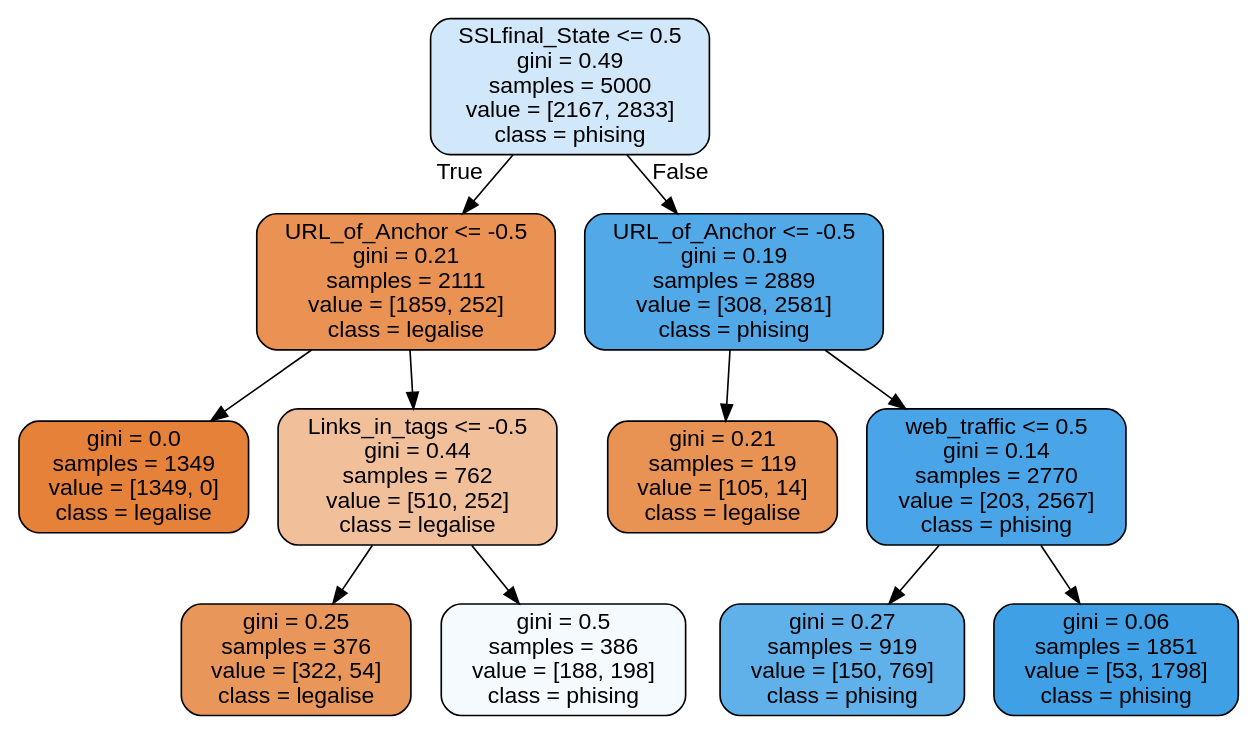
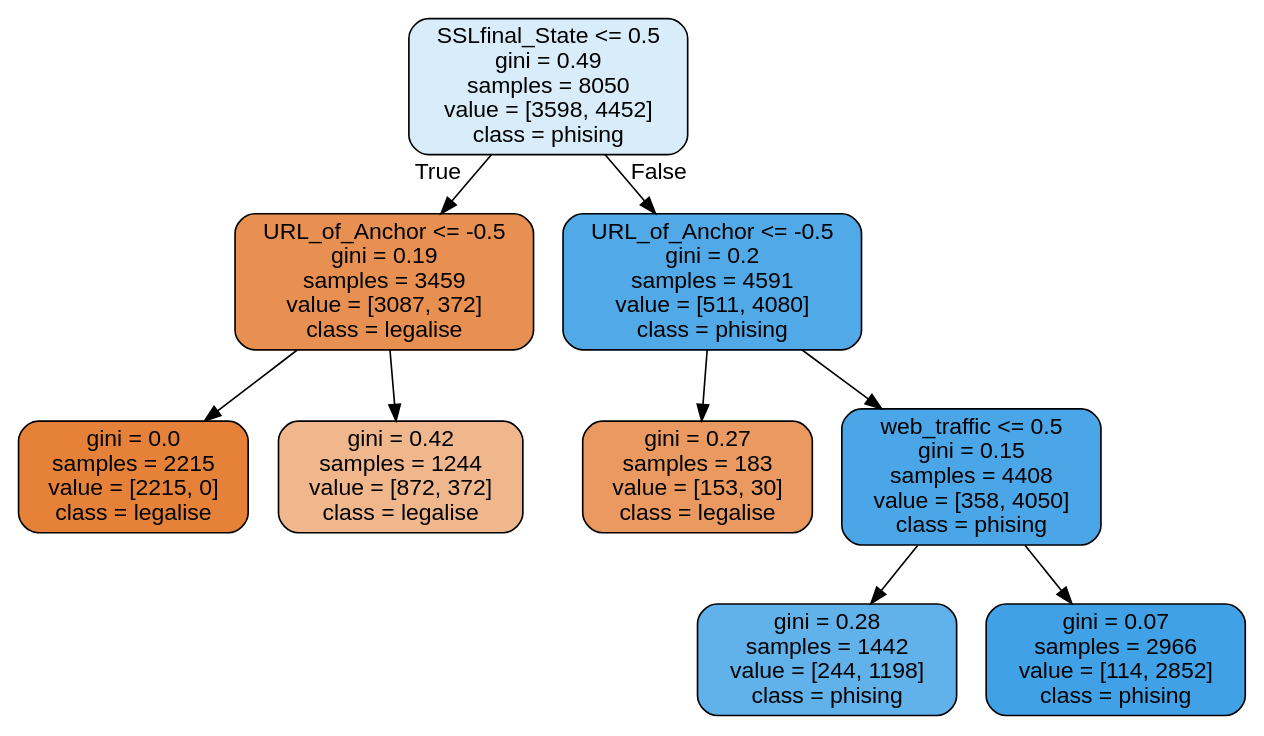
Before and after one commit to Yooru6/Machine-Learning-Group-Assignments: the diagram in Methods/Methods_3_DecisionTree/tree.dot, drawn with Graphviz. The commit also changed 6 other files, not shown here.

```diff
--- a/Methods/Methods_3_DecisionTree/tree.dot
+++ b/Methods/Methods_3_DecisionTree/tree.dot
@@ -1,25 +1,21 @@
 digraph Tree {
 node [shape=box, style="filled, rounded", color="black", fontname=helvetica] ;
 edge [fontname=helvetica] ;
-0 [label="SSLfinal_State <= 0.5\ngini = 0.49\nsamples = 5000\nvalue = [2167, 2833]\nclass = phising", fillcolor="#d0e8f9"] ;
-1 [label="URL_of_Anchor <= -0.5\ngini = 0.21\nsamples = 2111\nvalue = [1859, 252]\nclass = legalise", fillcolor="#e99254"] ;
+0 [label="SSLfinal_State <= 0.5\ngini = 0.49\nsamples = 8050\nvalue = [3598, 4452]\nclass = phising", fillcolor="#d9ecfa"] ;
+1 [label="URL_of_Anchor <= -0.5\ngini = 0.19\nsamples = 3459\nvalue = [3087, 372]\nclass = legalise", fillcolor="#e89051"] ;
 0 -> 1 [labeldistance=2.5, labelangle=45, headlabel="True"] ;
-2 [label="gini = 0.0\nsamples = 1349\nvalue = [1349, 0]\nclass = legalise", fillcolor="#e58139"] ;
+2 [label="gini = 0.0\nsamples = 2215\nvalue = [2215, 0]\nclass = legalise", fillcolor="#e58139"] ;
 1 -> 2 ;
-3 [label="Links_in_tags <= -0.5\ngini = 0.44\nsamples = 762\nvalue = [510, 252]\nclass = legalise", fillcolor="#f2bf9b"] ;
+3 [label="gini = 0.42\nsamples = 1244\nvalue = [872, 372]\nclass = legalise", fillcolor="#f0b78d"] ;
 1 -> 3 ;
-4 [label="gini = 0.25\nsamples = 376\nvalue = [322, 54]\nclass = legalise", fillcolor="#e9965a"] ;
-3 -> 4 ;
-5 [label="gini = 0.5\nsamples = 386\nvalue = [188, 198]\nclass = phising", fillcolor="#f5fafe"] ;
-3 -> 5 ;
-6 [label="URL_of_Anchor <= -0.5\ngini = 0.19\nsamples = 2889\nvalue = [308, 2581]\nclass = phising", fillcolor="#51a9e8"] ;
-0 -> 6 [labeldistance=2.5, labelangle=-45, headlabel="False"] ;
-7 [label="gini = 0.21\nsamples = 119\nvalue = [105, 14]\nclass = legalise", fillcolor="#e89253"] ;
+4 [label="URL_of_Anchor <= -0.5\ngini = 0.2\nsamples = 4591\nvalue = [511, 4080]\nclass = phising", fillcolor="#52a9e8"] ;
+0 -> 4 [labeldistance=2.5, labelangle=-45, headlabel="False"] ;
+5 [label="gini = 0.27\nsamples = 183\nvalue = [153, 30]\nclass = legalise", fillcolor="#ea9a60"] ;
+4 -> 5 ;
+6 [label="web_traffic <= 0.5\ngini = 0.15\nsamples = 4408\nvalue = [358, 4050]\nclass = phising", fillcolor="#4ba6e7"] ;
+4 -> 6 ;
+7 [label="gini = 0.28\nsamples = 1442\nvalue = [244, 1198]\nclass = phising", fillcolor="#61b1ea"] ;
 6 -> 7 ;
-8 [label="web_traffic <= 0.5\ngini = 0.14\nsamples = 2770\nvalue = [203, 2567]\nclass = phising", fillcolor="#49a5e7"] ;
+8 [label="gini = 0.07\nsamples = 2966\nvalue = [114, 2852]\nclass = phising", fillcolor="#41a1e6"] ;
 6 -> 8 ;
-9 [label="gini = 0.27\nsamples = 919\nvalue = [150, 769]\nclass = phising", fillcolor="#60b0ea"] ;
-8 -> 9 ;
-10 [label="gini = 0.06\nsamples = 1851\nvalue = [53, 1798]\nclass = phising", fillcolor="#3fa0e6"] ;
-8 -> 10 ;
 }
```
